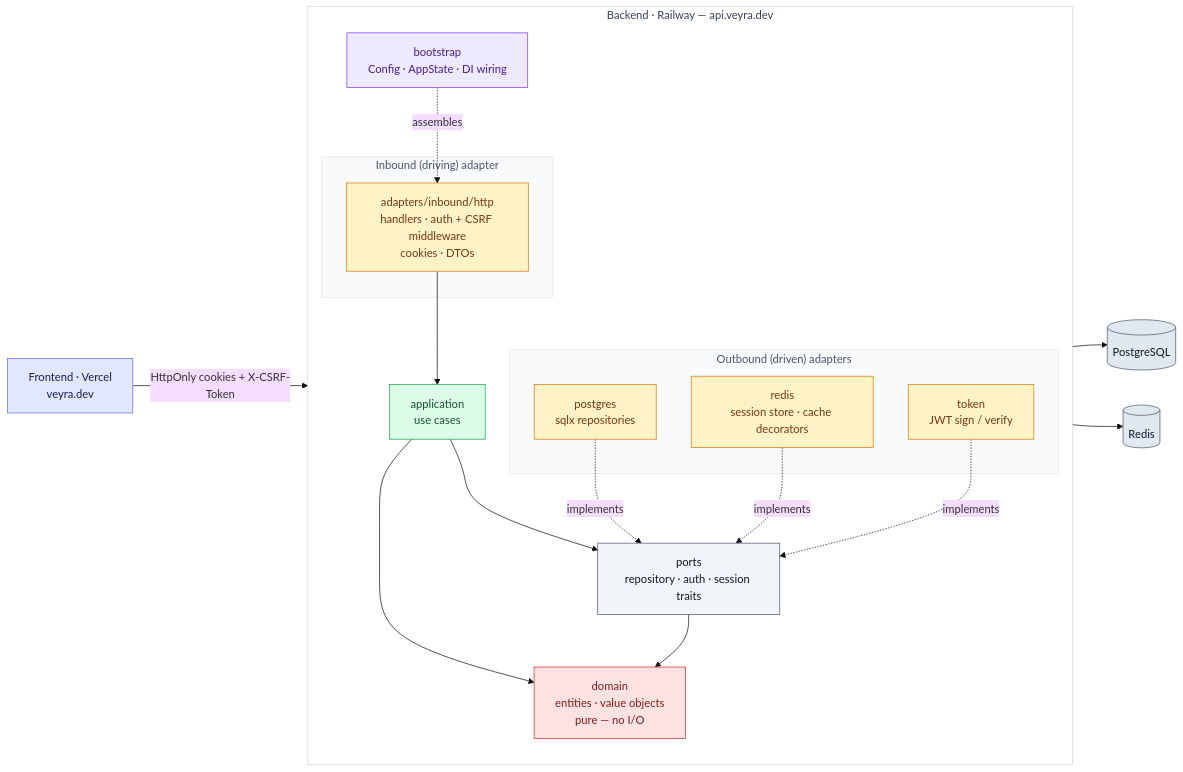
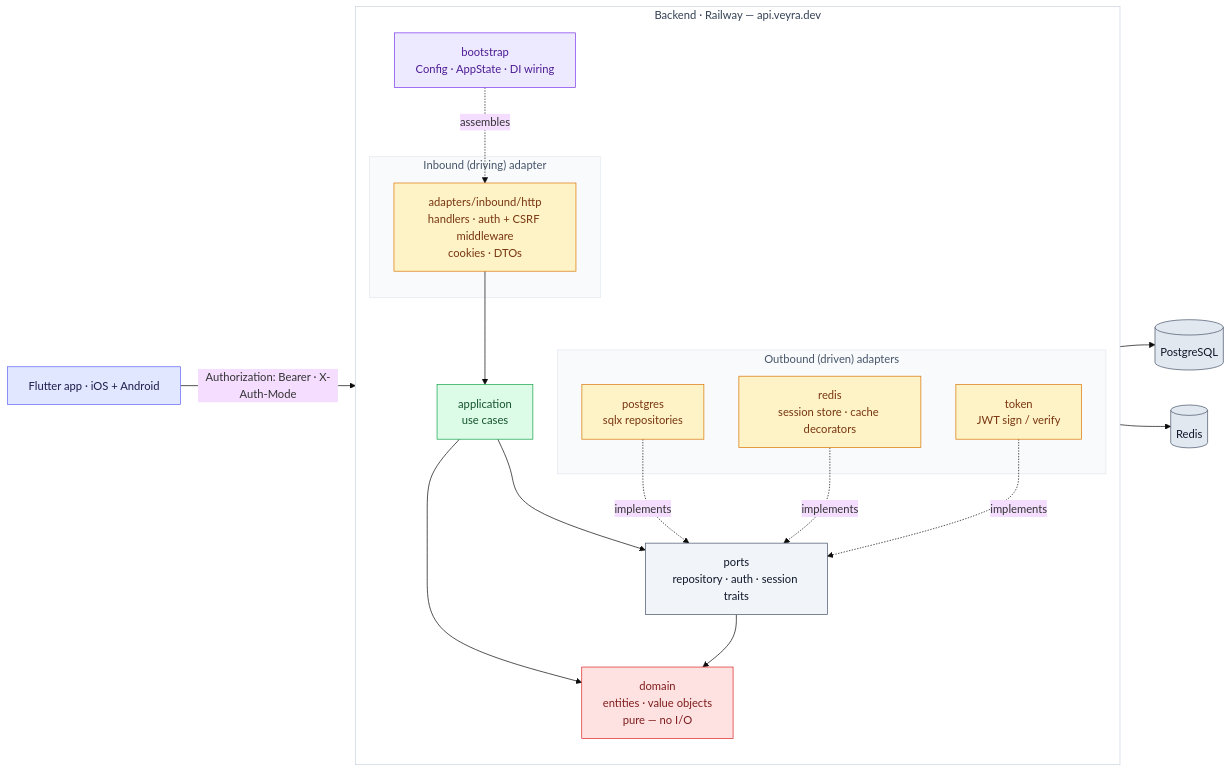
The diagram in README.md (oksasatya/veyra), drawn with Mermaid (base theme) before and after one commit. The commit also changed other lines of this file, not shown here.

First line of the commit message:
docs: update README for mobile-first flow (drop web frontend)

````diff
--- a/README.md
+++ b/README.md
@@ -32,51 +32,51 @@
 ```mermaid
 flowchart LR
-  FE["Frontend · Vercel<br/>veyra.dev"]:::ext
+  FE["Flutter app · iOS + Android"]:::ext
 
   subgraph RW["Backend · Railway — api.veyra.dev"]
     direction TB
 
     subgraph IN["Inbound (driving) adapter"]
       H["adapters/inbound/http<br/>handlers · auth + CSRF middleware<br/>cookies · DTOs"]:::adapter
     end
 
     A["application<br/>use cases"]:::app
     P["ports<br/>repository · auth · session traits"]:::port
     D["domain<br/>entities · value objects<br/>pure — no I/O"]:::core
 
     subgraph OUT["Outbound (driven) adapters"]
       PGA["postgres<br/>sqlx repositories"]:::adapter
       RSA["redis<br/>session store · cache decorators"]:::adapter
       TKA["token<br/>JWT sign / verify"]:::adapter
     end
 
     BS["bootstrap<br/>Config · AppState · DI wiring"]:::boot
   end
 
   PG[("PostgreSQL")]:::infra
   RD[("Redis")]:::infra
 
-  FE -->|"HttpOnly cookies + X-CSRF-Token"| H
+  FE -->|"Authorization: Bearer · X-Auth-Mode"| H
   H --> A
   A --> P
   A --> D
   P --> D
   PGA -. implements .-> P
   RSA -. implements .-> P
   TKA -. implements .-> P
   PGA --> PG
   RSA --> RD
   BS -. assembles .-> H
 
   classDef ext fill:#e0e7ff,stroke:#6366f1,color:#1e1b4b;
   classDef adapter fill:#fef3c7,stroke:#d97706,color:#78350f;
   classDef app fill:#dcfce7,stroke:#16a34a,color:#14532d;
   classDef port fill:#f1f5f9,stroke:#475569,color:#0f172a;
   classDef core fill:#fee2e2,stroke:#dc2626,color:#7f1d1d;
   classDef infra fill:#e2e8f0,stroke:#475569,color:#0f172a;
   classDef boot fill:#ede9fe,stroke:#7c3aed,color:#4c1d95;
 
   style RW fill:#ffffff,stroke:#cbd5e1,color:#334155
   style IN fill:#f8fafc,stroke:#e2e8f0,color:#475569
   style OUT fill:#f8fafc,stroke:#e2e8f0,color:#475569
 ```
````
